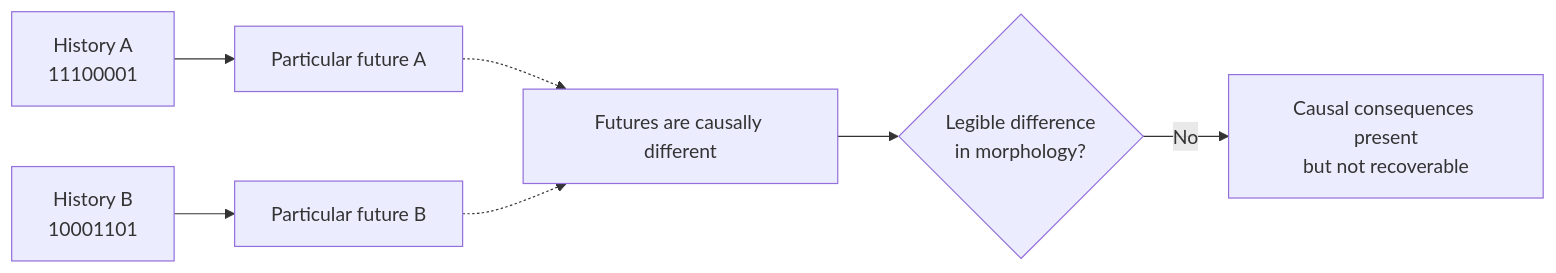
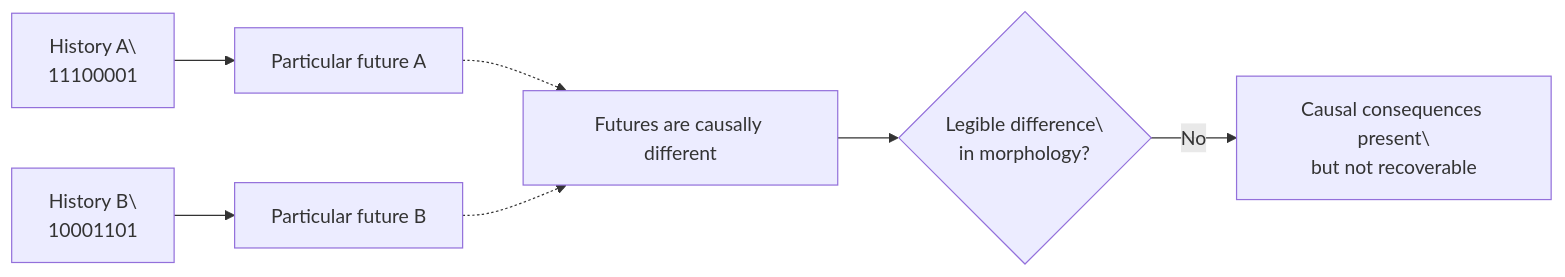
One commit to ernanhughes/Digital-Life changed the third of 4 diagrams in content/books/digital-life/17-how-does-the-crystal-respond-to-perturbation/index.md. Above: the diagram before and after it, drawn with Mermaid. The commit also changed other lines of this file and 5 other files, not shown here.

````diff
--- a/content/books/digital-life/17-how-does-the-crystal-respond-to-perturbation/index.md
+++ b/content/books/digital-life/17-how-does-the-crystal-respond-to-perturbation/index.md
@@ -424,9 +424,9 @@
 ```mermaid
 flowchart LR
-    A[History A<br/>11100001] --> C[Particular future A]
-    B[History B<br/>10001101] --> D[Particular future B]
-    C -.-> E[Futures are causally different]
-    D -.-> E
-    E --> F{Legible difference<br/>in morphology?}
-    F -->|No| G[Causal consequences present<br/>but not recoverable]
+    A[History A\<br/>11100001] --> C[Particular future A]
+    B[History B\<br/>10001101] --> D[Particular future B]
+    C -.-> E[Futures are causally different]
+    D -.-> E
+    E --> F{Legible difference\<br/>in morphology?}
+    F -->|No| G[Causal consequences present\<br/>but not recoverable]
 ```
````
